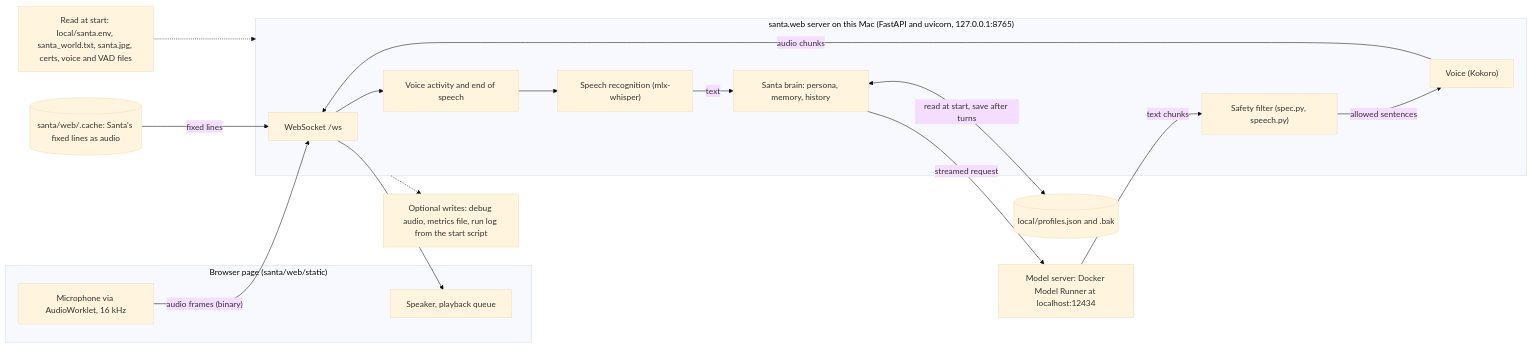
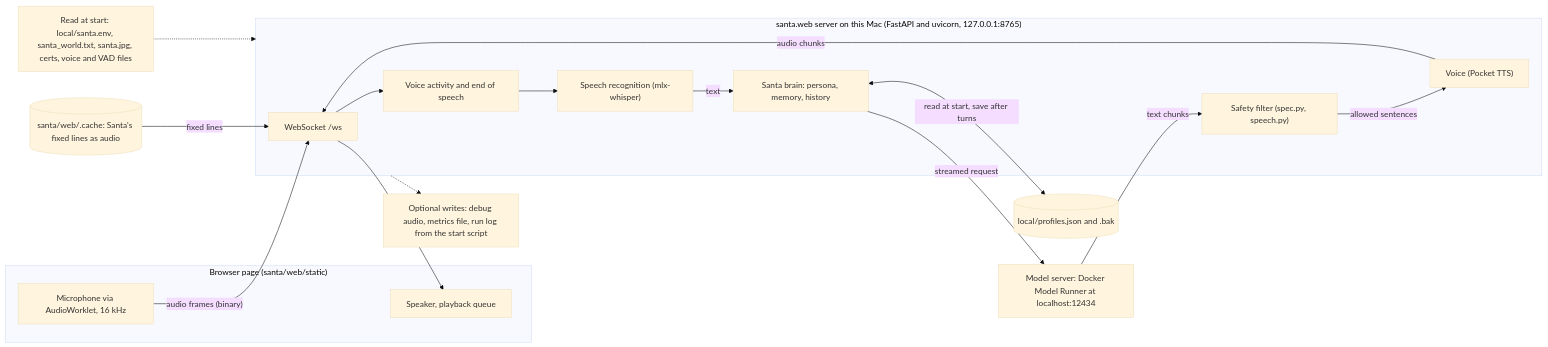
One commit to DonJuanMachine/talking-santa changed the first of 4 diagrams in docs/architecture.md. Above: the diagram before and after it, drawn with Mermaid (base theme). The commit also changed other lines of this file and 9 other files, not shown here.

First line of the commit message:
Ship Pocket TTS stuart_bell as the default voice

````diff
--- a/docs/architecture.md
+++ b/docs/architecture.md
@@ -18,34 +18,34 @@
 ```mermaid
 flowchart LR
   subgraph Browser["Browser page (santa/web/static)"]
     MIC["Microphone via AudioWorklet, 16 kHz"]
     SPK["Speaker, playback queue"]
   end
   subgraph Server["santa.web server on this Mac (FastAPI and uvicorn, 127.0.0.1:8765)"]
     WS["WebSocket /ws"]
     VAD["Voice activity and end of speech"]
     STT["Speech recognition (mlx-whisper)"]
     PROMPT["Santa brain: persona, memory, history"]
     FILTER["Safety filter (spec.py, speech.py)"]
-    TTS["Voice (Kokoro)"]
+    TTS["Voice (Pocket TTS)"]
   end
   MODEL["Model server: Docker Model Runner at localhost:12434"]
   PROF[("local/profiles.json and .bak")]
   READS["Read at start: local/santa.env, santa_world.txt, santa.jpg, certs, voice and VAD files"]
   WRITES["Optional writes: debug audio, metrics file, run log from the start script"]
   CACHE[("santa/web/.cache: Santa's fixed lines as audio")]
 
   MIC -->|"audio frames (binary)"| WS
   WS --> VAD
   VAD --> STT
   STT -->|"text"| PROMPT
   PROMPT -->|"streamed request"| MODEL
   MODEL -->|"text chunks"| FILTER
   FILTER -->|"allowed sentences"| TTS
   TTS -->|"audio chunks"| WS
   WS --> SPK
   PROMPT <-->|"read at start, save after turns"| PROF
   CACHE -->|"fixed lines"| WS
   READS -.-> Server
   Server -.-> WRITES
 ```
````
